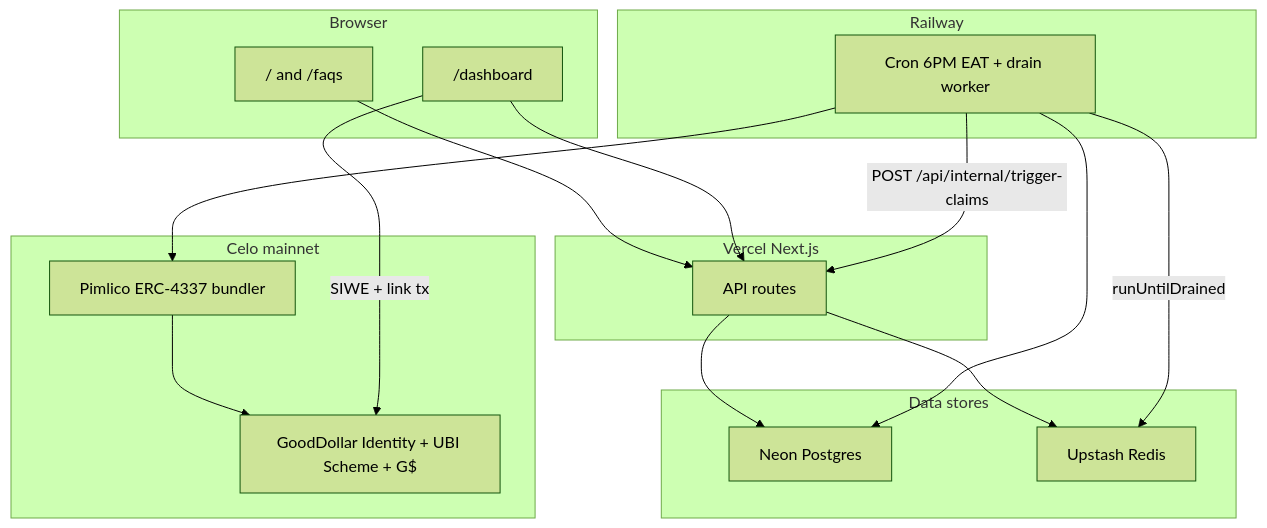
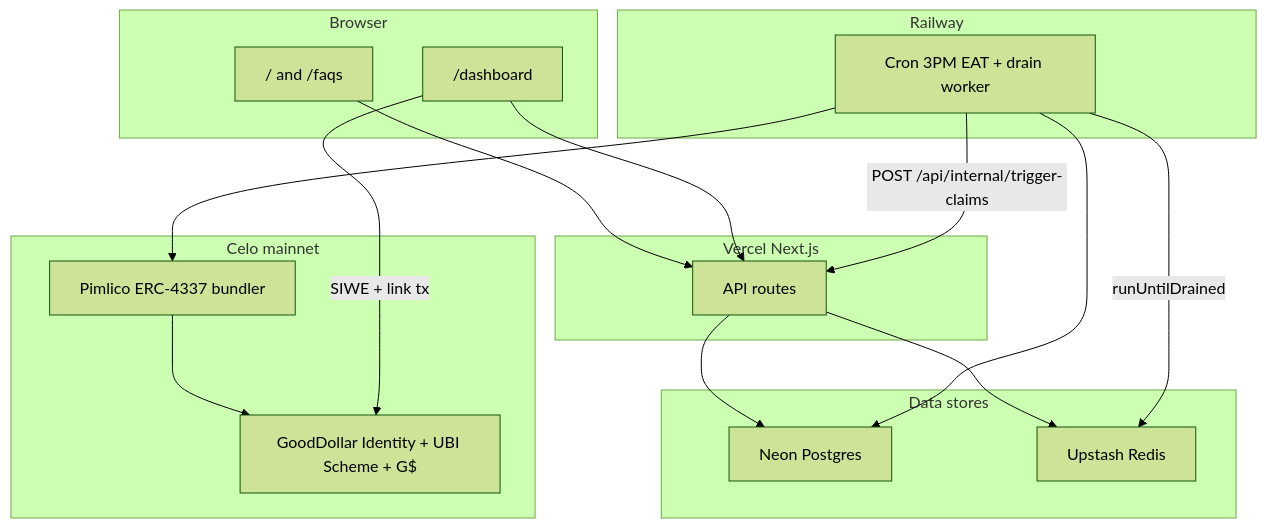
One commit to andrewkimjoseph/goclaim-app changed the first of 2 diagrams in README.md. Above: the diagram before and after it, drawn with Mermaid (forest theme). The commit also changed other lines of this file and 12 other files, not shown here.

````diff
--- a/README.md
+++ b/README.md
@@ -9,36 +9,36 @@
 ```mermaid
 flowchart TB
   subgraph client [Browser]
     Landing["/ and /faqs"]
     Dashboard["/dashboard"]
   end
 
   subgraph vercel [Vercel Next.js]
     API["API routes"]
   end
 
   subgraph data [Data stores]
     Neon["Neon Postgres"]
     Redis["Upstash Redis"]
   end
 
   subgraph railway [Railway]
-    Cron["Cron 6PM EAT + drain worker"]
+    Cron["Cron 3PM EAT + drain worker"]
   end
 
   subgraph chain [Celo mainnet]
     GD["GoodDollar Identity + UBI Scheme + G$"]
     Pimlico["Pimlico ERC-4337 bundler"]
   end
 
   Landing --> API
   Dashboard --> API
   API --> Neon
   Cron -->|"POST /api/internal/trigger-claims"| API
   API --> Redis
   Cron -->|"runUntilDrained"| Redis
   Cron --> Neon
   Cron --> Pimlico
   Pimlico --> GD
   Dashboard -->|"SIWE + link tx"| GD
 ```
````
